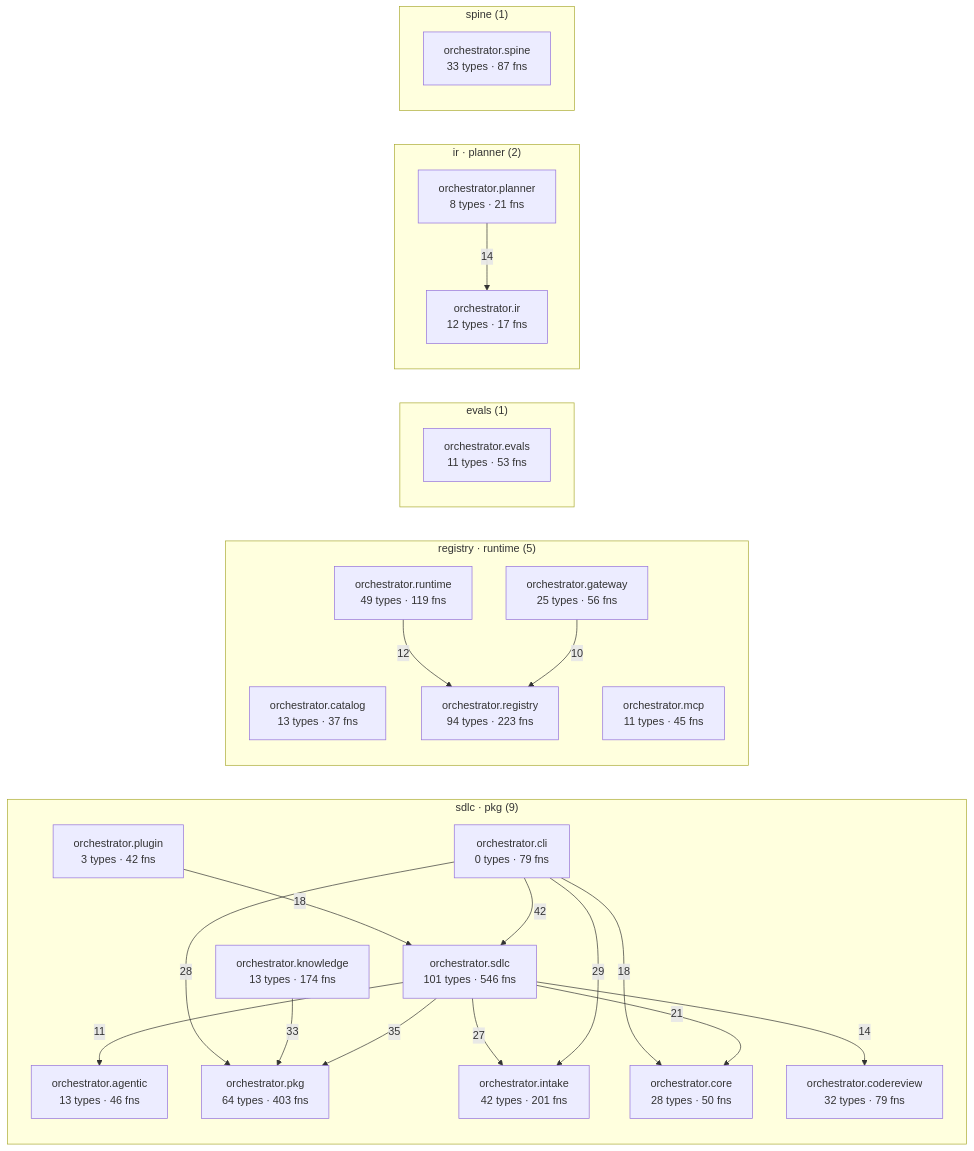
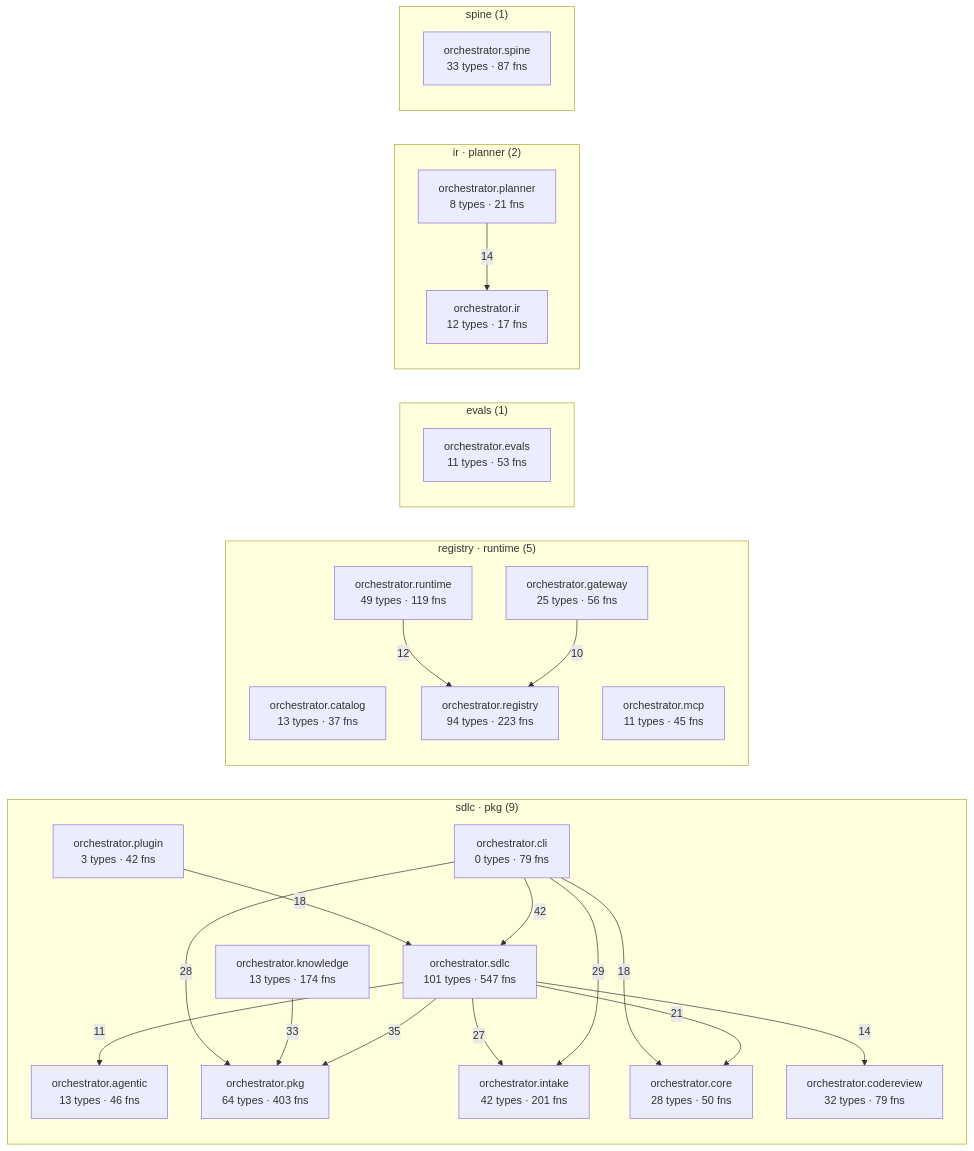
The diagram in episteme/architecture.md (synaptixs/spine), drawn with Mermaid before and after one commit. The commit also changed other lines of this file and 5 other files, not shown here.

````diff
--- a/episteme/architecture.md
+++ b/episteme/architecture.md
@@ -54,45 +54,45 @@
 ```mermaid
 flowchart LR
   subgraph c_1["sdlc · pkg (9)"]
     aorchestratoragentic["orchestrator.agentic<br/>13 types · 46 fns"]
     aorchestratorcli["orchestrator.cli<br/>0 types · 79 fns"]
     aorchestratorcodereview["orchestrator.codereview<br/>32 types · 79 fns"]
     aorchestratorcore["orchestrator.core<br/>28 types · 50 fns"]
     aorchestratorintake["orchestrator.intake<br/>42 types · 201 fns"]
     aorchestratorknowledge["orchestrator.knowledge<br/>13 types · 174 fns"]
     aorchestratorpkg["orchestrator.pkg<br/>64 types · 403 fns"]
     aorchestratorplugin["orchestrator.plugin<br/>3 types · 42 fns"]
-    aorchestratorsdlc["orchestrator.sdlc<br/>101 types · 546 fns"]
+    aorchestratorsdlc["orchestrator.sdlc<br/>101 types · 547 fns"]
   end
   subgraph c_3["registry · runtime (5)"]
     aorchestratorcatalog["orchestrator.catalog<br/>13 types · 37 fns"]
     aorchestratorgateway["orchestrator.gateway<br/>25 types · 56 fns"]
     aorchestratormcp["orchestrator.mcp<br/>11 types · 45 fns"]
     aorchestratorregistry["orchestrator.registry<br/>94 types · 223 fns"]
     aorchestratorruntime["orchestrator.runtime<br/>49 types · 119 fns"]
   end
   subgraph c_5["evals (1)"]
     aorchestratorevals["orchestrator.evals<br/>11 types · 53 fns"]
   end
   subgraph c_7["ir · planner (2)"]
     aorchestratorir["orchestrator.ir<br/>12 types · 17 fns"]
     aorchestratorplanner["orchestrator.planner<br/>8 types · 21 fns"]
   end
   subgraph c_10["spine (1)"]
     aorchestratorspine["orchestrator.spine<br/>33 types · 87 fns"]
   end
   aorchestratorcli -->|42| aorchestratorsdlc
   aorchestratorsdlc -->|35| aorchestratorpkg
   aorchestratorknowledge -->|33| aorchestratorpkg
   aorchestratorcli -->|29| aorchestratorintake
   aorchestratorcli -->|28| aorchestratorpkg
   aorchestratorsdlc -->|27| aorchestratorintake
   aorchestratorsdlc -->|21| aorchestratorcore
   aorchestratorcli -->|18| aorchestratorcore
   aorchestratorplugin -->|18| aorchestratorsdlc
   aorchestratorplanner -->|14| aorchestratorir
   aorchestratorsdlc -->|14| aorchestratorcodereview
   aorchestratorruntime -->|12| aorchestratorregistry
   aorchestratorsdlc -->|11| aorchestratoragentic
   aorchestratorgateway -->|10| aorchestratorregistry
 ```
````
